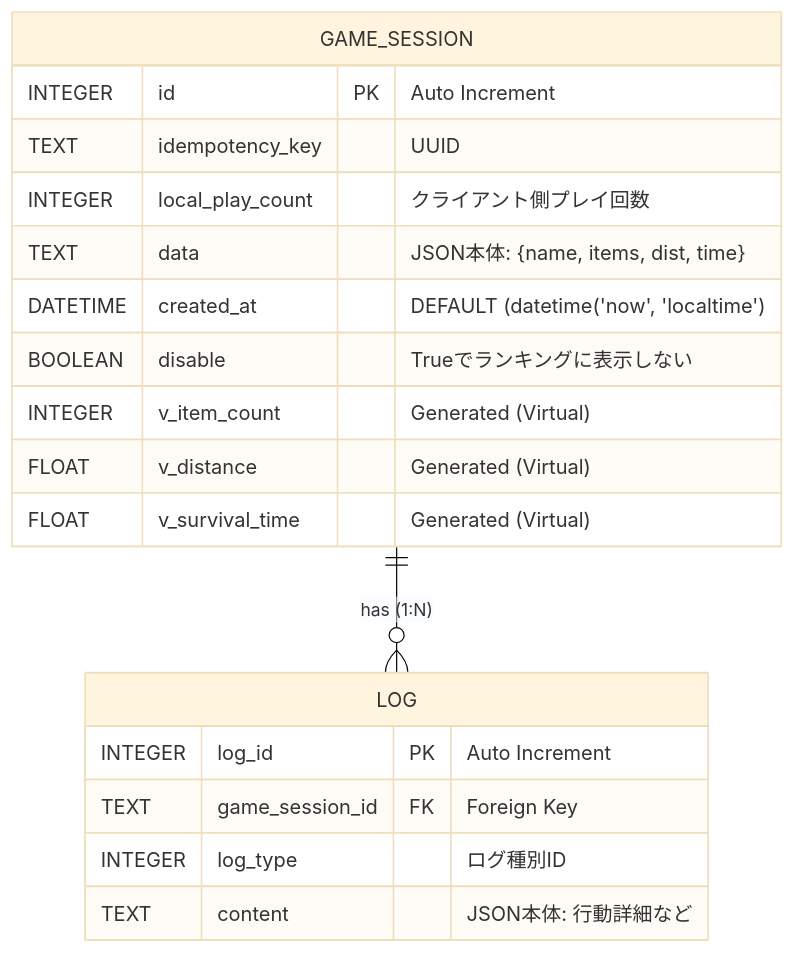
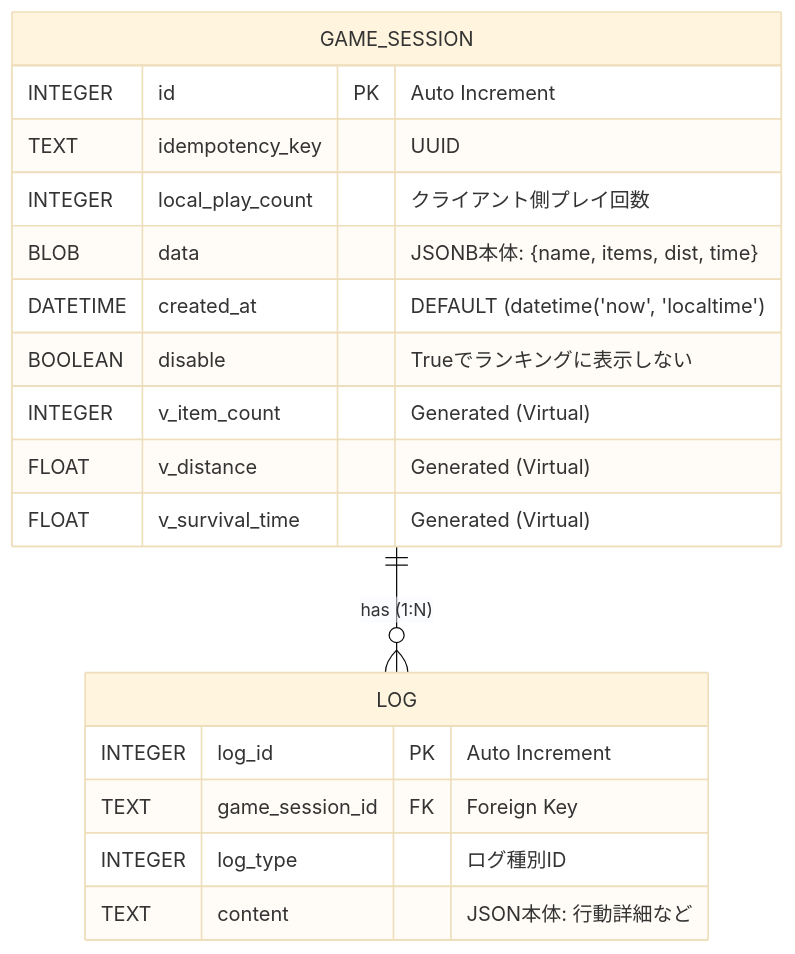
Before and after one commit to Yotaro-packer/API-training-final: the second of 4 diagrams in document/2025-repo04-for-students.md, drawn with Mermaid (base theme). The commit also changed other lines of this file and 12 other files, not shown here.

````diff
--- a/document/2025-repo04-for-students.md
+++ b/document/2025-repo04-for-students.md
@@ -156,23 +169,23 @@
 ```mermaid
 erDiagram
     GAME_SESSION {
         INTEGER id PK "Auto Increment"
         TEXT idempotency_key "UUID"
         INTEGER local_play_count "クライアント側プレイ回数"
-        TEXT data "JSON本体: {name, items, dist, time}"
+        BLOB data "JSONB本体: {name, items, dist, time}"
         DATETIME created_at "DEFAULT (datetime('now', 'localtime')"
         BOOLEAN disable "Trueでランキングに表示しない"
         INTEGER v_item_count "Generated (Virtual)"
         FLOAT v_distance "Generated (Virtual)"
         FLOAT v_survival_time "Generated (Virtual)"
     }
 
     LOG {
         INTEGER log_id PK "Auto Increment"
         TEXT game_session_id FK "Foreign Key"
         INTEGER log_type "ログ種別ID"
         TEXT content "JSON本体: 行動詳細など"
     }
 
     GAME_SESSION ||--o{ LOG : "has (1:N)"
 ```
````
